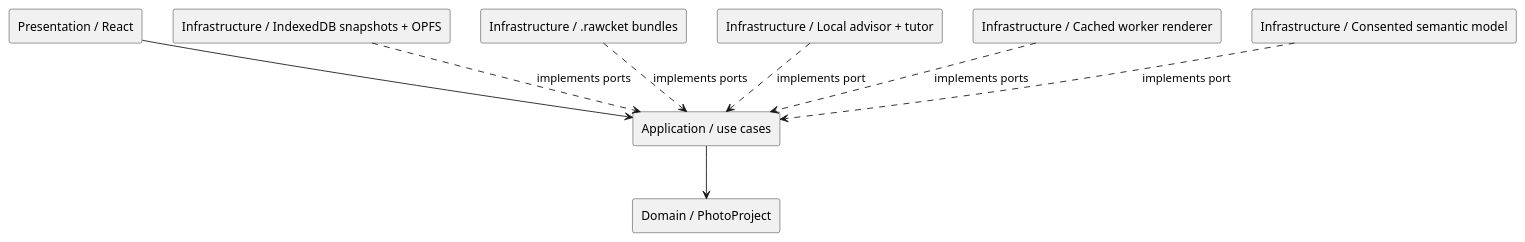
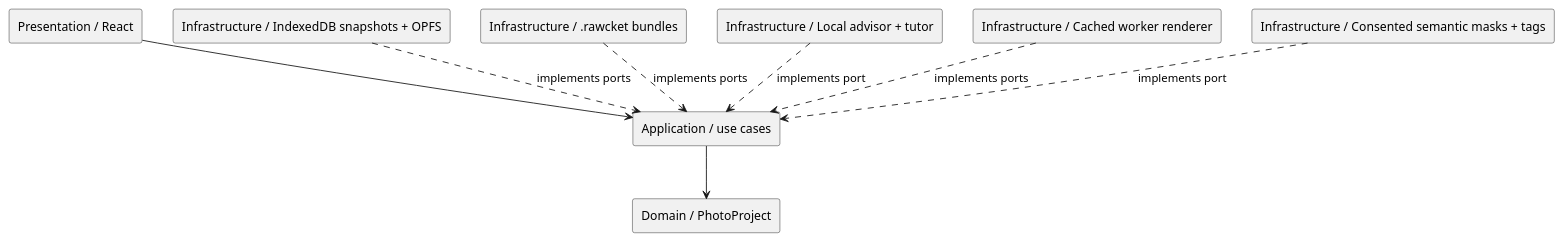
One commit to haskou/RAWcket changed the diagram in docs/architecture.puml. Above: the diagram before and after it, drawn with PlantUML. The commit also changed 16 other files, not shown here.

```diff
--- a/docs/architecture.puml
+++ b/docs/architecture.puml
@@ -1,19 +1,19 @@
 @startuml
 skinparam componentStyle rectangle
 component "Presentation / React" as Presentation
 component "Application / use cases" as Application
 component "Domain / PhotoProject" as Domain
 component "Infrastructure / IndexedDB snapshots + OPFS" as Persistence
 component "Infrastructure / .rawcket bundles" as Bundles
 component "Infrastructure / Local advisor + tutor" as Advisor
 component "Infrastructure / Cached worker renderer" as Renderer
-component "Infrastructure / Consented semantic model" as Semantic
+component "Infrastructure / Consented semantic masks + tags" as Semantic
 
 Presentation --> Application
 Application --> Domain
 Persistence ..> Application : implements ports
 Bundles ..> Application : implements ports
 Advisor ..> Application : implements port
 Renderer ..> Application : implements ports
 Semantic ..> Application : implements port
 @enduml
```
